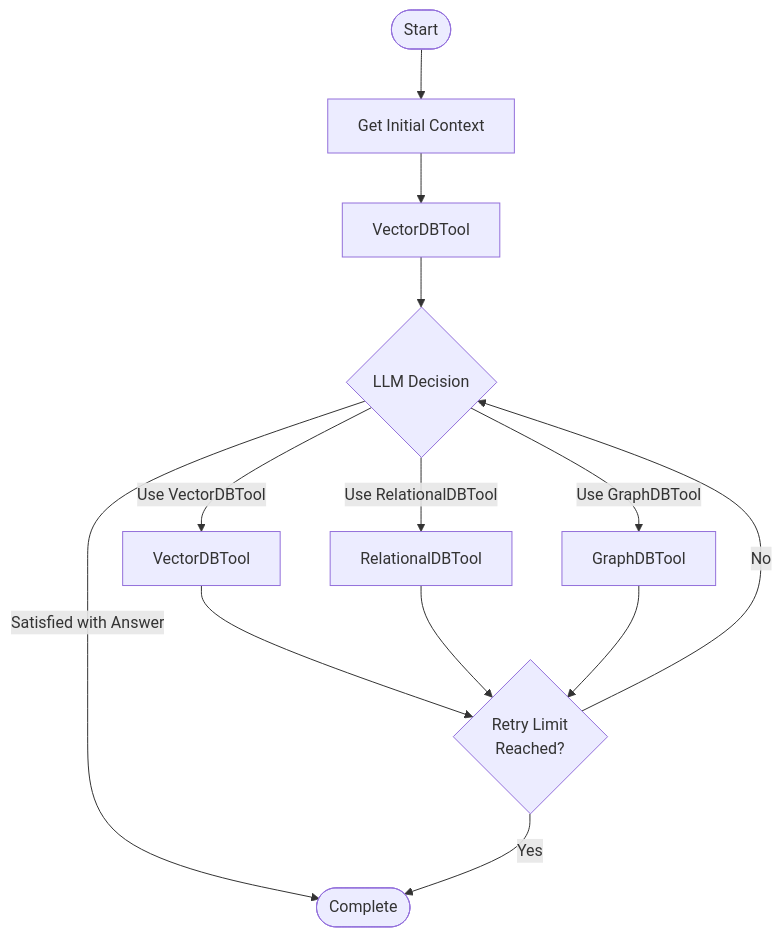
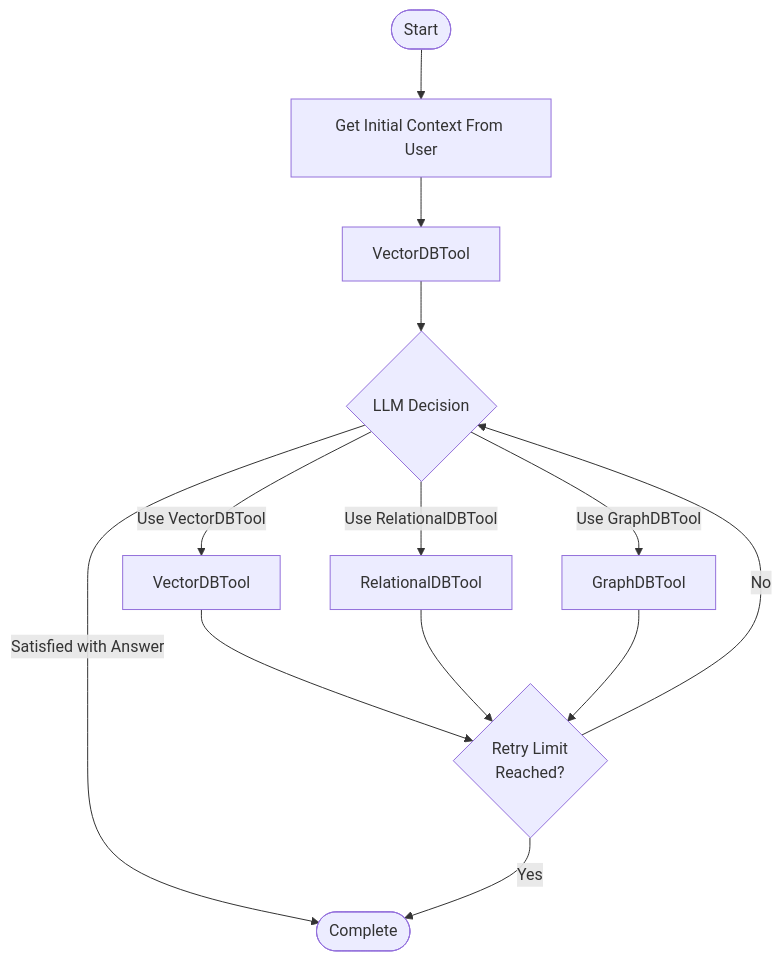
Before and after one commit to jansplichal2/CodeAtlas: the diagram in README.md, drawn with Mermaid.

````diff
--- a/README.md
+++ b/README.md
@@ -11,20 +11,20 @@
 ```mermaid
 flowchart TD
     Start([Start]) --> InitialContext
-    InitialContext[Get Initial Context] --> VectorDBTool1
+    InitialContext[Get Initial Context From User] --> VectorDBTool1
     VectorDBTool1[VectorDBTool] --> LLMDecision
 
     LLMDecision{LLM Decision} --> |Use VectorDBTool| VectorDBTool2[VectorDBTool]
     LLMDecision --> |Use RelationalDBTool| RelationalDBTool[RelationalDBTool]
     LLMDecision --> |Use GraphDBTool| GraphDBTool[GraphDBTool]
     LLMDecision --> |Satisfied with Answer| Complete
     
     VectorDBTool2 --> CheckLimit
     RelationalDBTool --> CheckLimit
     GraphDBTool --> CheckLimit
     
     CheckLimit{Retry Limit\nReached?} --> |No| LLMDecision
     CheckLimit --> |Yes| Complete
 
     Complete([Complete])
 ```
````
